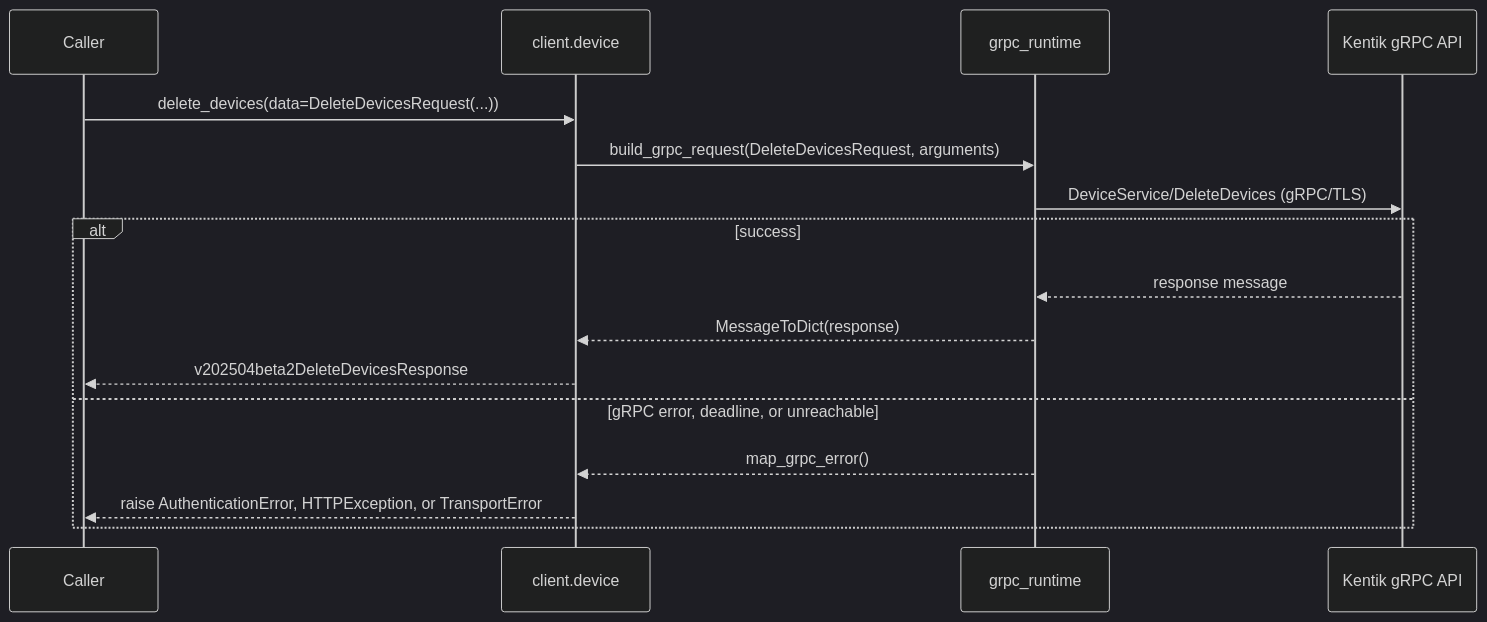
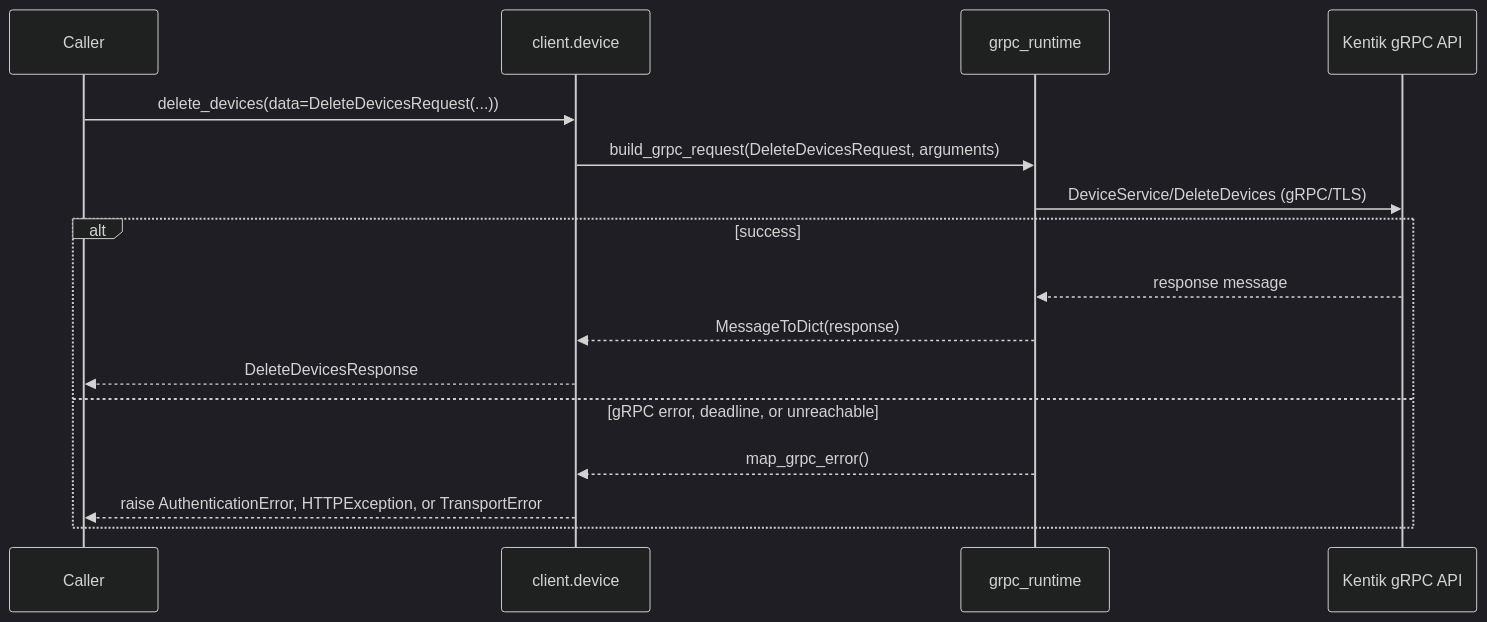
One commit to alexdearaujo/community_sdk_python changed the ninth of 22 diagrams in docs/sphinx/services/device.md. Above: the diagram before and after it, drawn with Mermaid (dark theme). The commit also changed other lines of this file and 38 other files, not shown here.

````diff
--- a/docs/sphinx/services/device.md
+++ b/docs/sphinx/services/device.md
@@ -286,19 +286,19 @@
 ```mermaid
 sequenceDiagram
     participant C as Caller
     participant W as client.device
     participant R as grpc_runtime
     participant API as Kentik gRPC API
 
     C->>W: delete_devices(data=DeleteDevicesRequest(...))
     W->>R: build_grpc_request(DeleteDevicesRequest, arguments)
     R->>API: DeviceService/DeleteDevices (gRPC/TLS)
     alt success
         API-->>R: response message
         R-->>W: MessageToDict(response)
-        W-->>C: v202504beta2DeleteDevicesResponse
+        W-->>C: DeleteDevicesResponse
     else gRPC error, deadline, or unreachable
         R-->>W: map_grpc_error()
         W-->>C: raise AuthenticationError, HTTPException, or TransportError
     end
 ```
````
